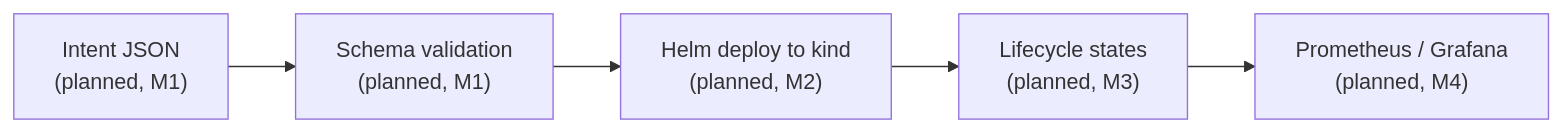
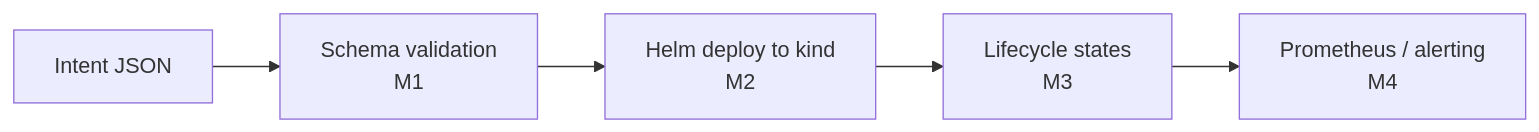
The diagram in docs/design/architecture.md (poggymacello/nf-orchestrator), drawn with Mermaid before and after one commit. The commit also changed other lines of this file and 3 other files, not shown here.

````diff
--- a/docs/design/architecture.md
+++ b/docs/design/architecture.md
@@ -6,7 +6,7 @@
 ```mermaid
 flowchart LR
-    A["Intent JSON<br/>(planned, M1)"] --> B["Schema validation<br/>(planned, M1)"]
-    B --> C["Helm deploy to kind<br/>(planned, M2)"]
-    C --> D["Lifecycle states<br/>(planned, M3)"]
-    D --> E["Prometheus / Grafana<br/>(planned, M4)"]
+    A["Intent JSON"] --> B["Schema validation<br/>M1"]
+    B --> C["Helm deploy to kind<br/>M2"]
+    C --> D["Lifecycle states<br/>M3"]
+    D --> E["Prometheus / alerting<br/>M4"]
 ```
````
